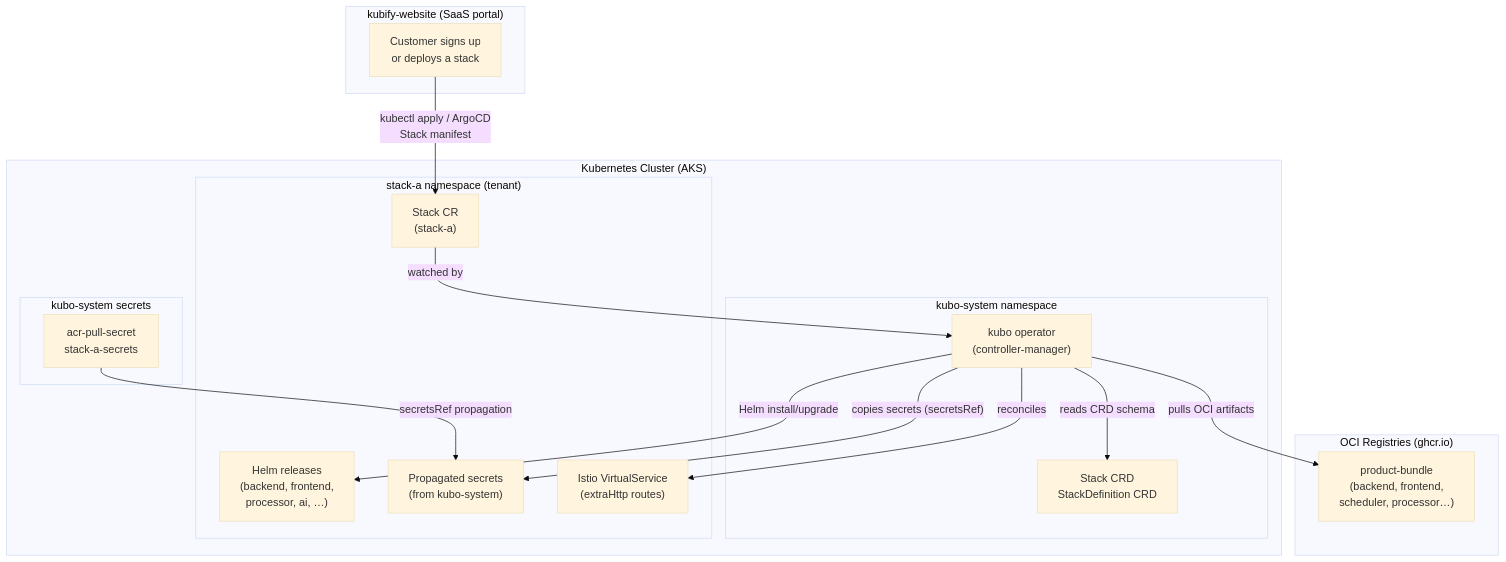
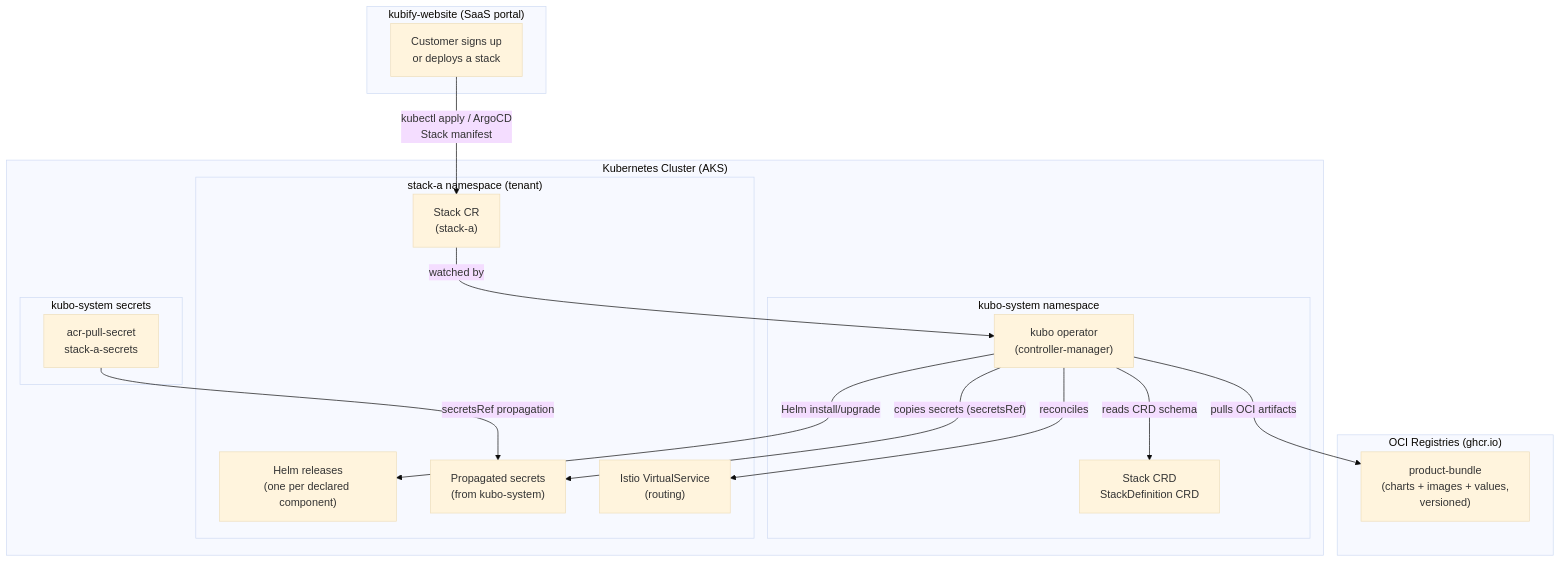
The first of 2 diagrams in docs/architecture.md (einyx/kubify), drawn with Mermaid (base theme) before and after one commit. The commit also changed 1 other file, not shown here.

Commit message:
chore(website): drop internal component names from architecture diagrams

````diff
--- a/docs/architecture.md
+++ b/docs/architecture.md
@@ -3,37 +3,37 @@
 ```mermaid
 flowchart TD
     subgraph Website["kubify-website (SaaS portal)"]
         WEB["Customer signs up\nor deploys a stack"]
     end
 
     subgraph K8s["Kubernetes Cluster (AKS)"]
         subgraph KuboNS["kubo-system namespace"]
             OP["kubo operator\n(controller-manager)"]
             CRDS["Stack CRD\nStackDefinition CRD"]
         end
 
         subgraph TenantNS["stack-a namespace (tenant)"]
             STACK["Stack CR\n(stack-a)"]
-            HELM["Helm releases\n(backend, frontend,\nprocessor, ai, …)"]
+            HELM["Helm releases\n(one per declared component)"]
             SECRETS["Propagated secrets\n(from kubo-system)"]
-            VS["Istio VirtualService\n(extraHttp routes)"]
+            VS["Istio VirtualService\n(routing)"]
         end
 
         subgraph KuboSys["kubo-system secrets"]
             PULL["acr-pull-secret\nstack-a-secrets"]
         end
     end
 
     subgraph OCI["OCI Registries (ghcr.io)"]
-        FBUNDLE["product-bundle\n(backend, frontend,\nscheduler, processor…)"]
+        FBUNDLE["product-bundle\n(charts + images + values,\nversioned)"]
     end
 
     WEB -->|"kubectl apply / ArgoCD\nStack manifest"| STACK
     STACK -->|"watched by"| OP
     OP -->|"reads CRD schema"| CRDS
     OP -->|"pulls OCI artifacts"| FBUNDLE
     OP -->|"Helm install/upgrade"| HELM
     OP -->|"copies secrets (secretsRef)"| SECRETS
     OP -->|"reconciles"| VS
     PULL -->|"secretsRef propagation"| SECRETS
 ```
````
